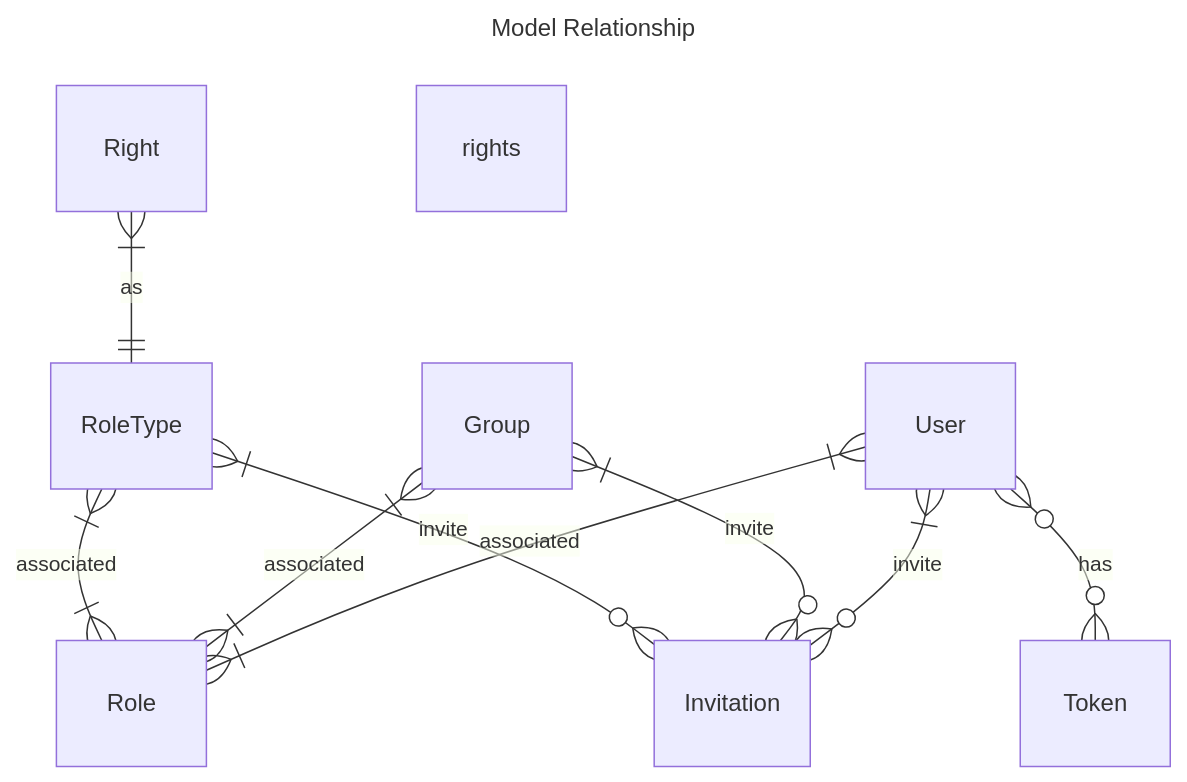
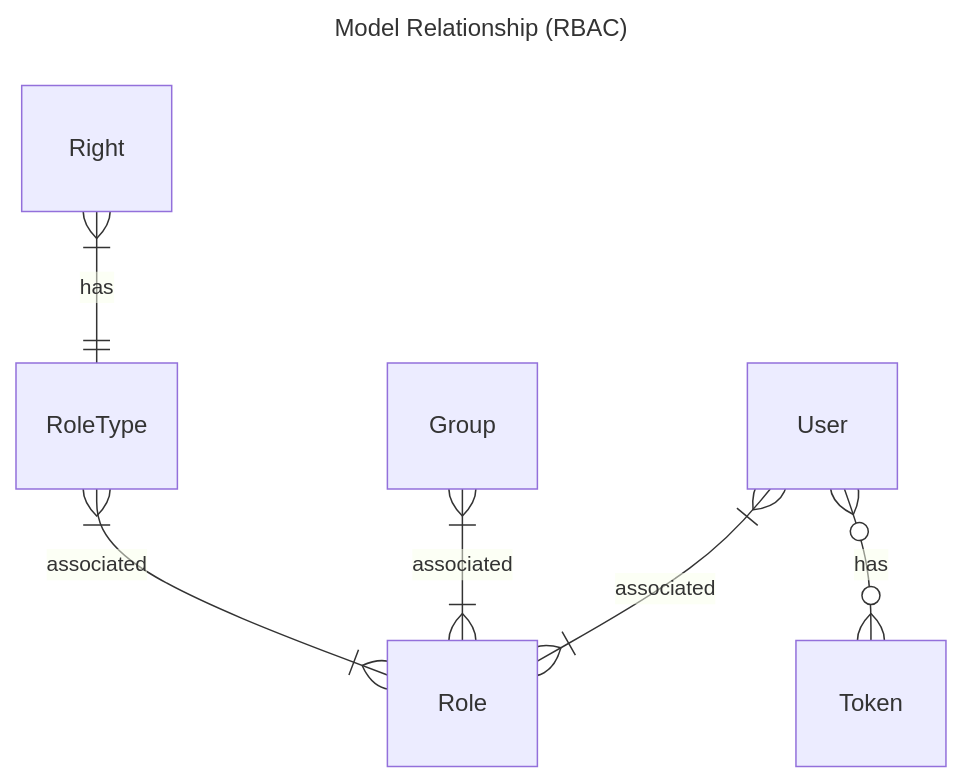
The first of 2 diagrams in docs/global/users/index.md (Valbou/vtaskr-backend), drawn with Mermaid before and after one commit. The commit also changed other lines of this file and 7 other files, not shown here.

````diff
--- a/docs/global/users/index.md
+++ b/docs/global/users/index.md
@@ -26,14 +26,11 @@
 ```mermaid
 ---
-title: Model Relationship
+title: Model Relationship (RBAC)
 ---
 erDiagram
-    Right }|--|| RoleType: as rights
+    Right }|--|| RoleType: has
     User }|--|{ Role: associated
     Group }|--|{ Role: associated
     RoleType }|--|{ Role: associated
-    User }|--o{ Invitation: invite
-    Group }|--o{ Invitation: invite
-    RoleType }|--o{ Invitation: invite
     User }o--o{ Token: has
 ```
````
